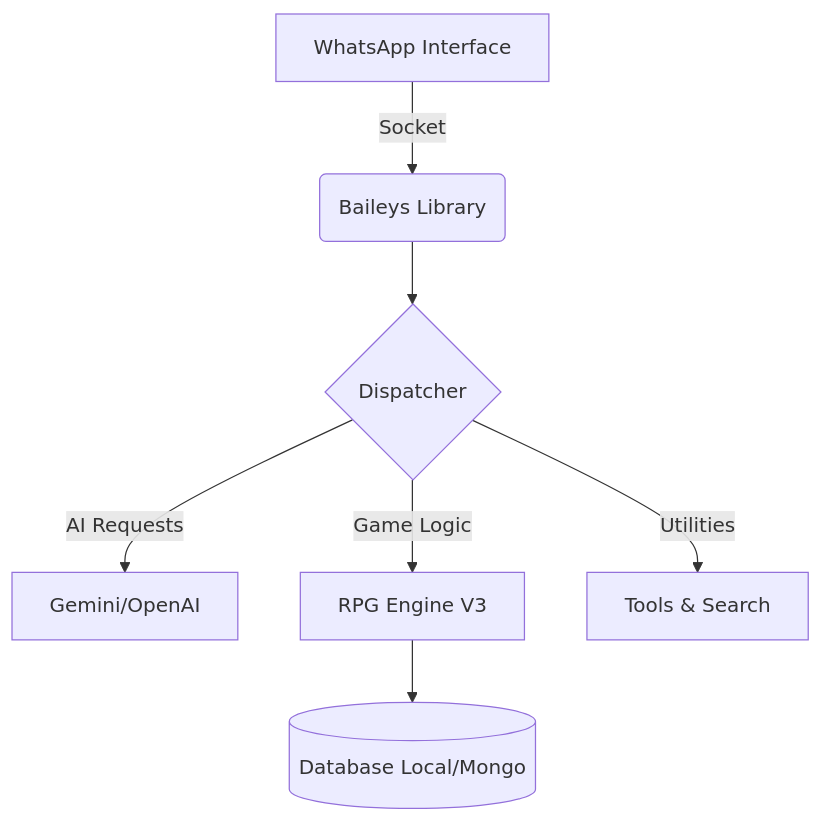
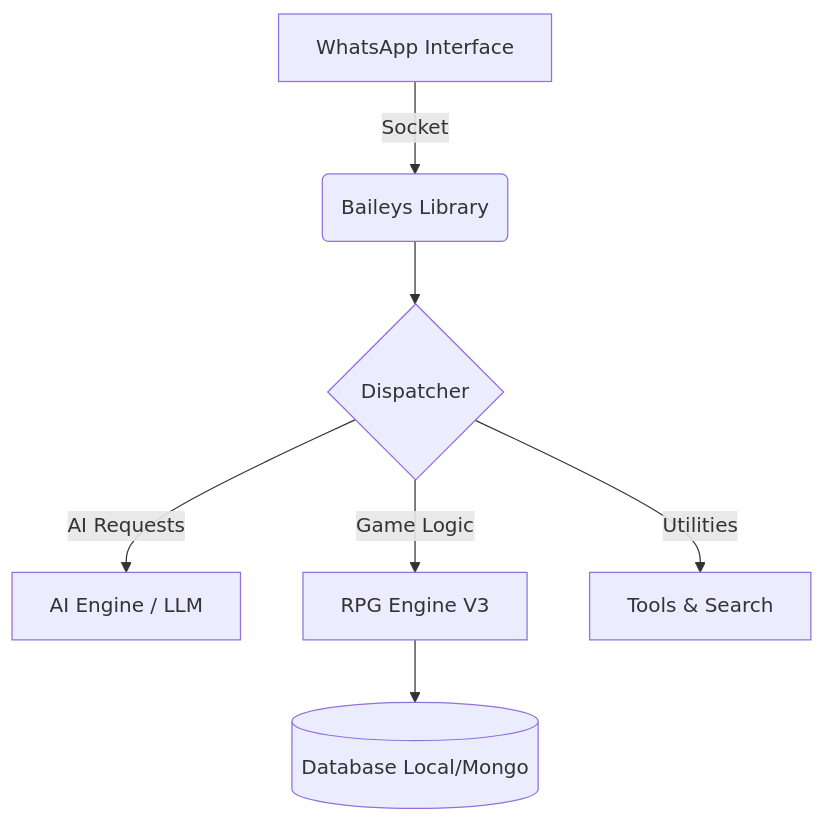
Before and after one commit to CYBER-x-SACHIYA-SL-MD-BOT/Frieren-MD: the diagram in README.md, drawn with Mermaid. The commit also changed other lines of this file, not shown here.

````diff
--- a/README.md
+++ b/README.md
@@ -73,9 +73,9 @@
 ```mermaid
 graph TD
     A[WhatsApp Interface] -->|Socket| B(Baileys Library)
     B --> C{Dispatcher}
-    C -->|AI Requests| D[Gemini/OpenAI]
+    C -->|AI Requests| D[AI Engine / LLM]
     C -->|Game Logic| E[RPG Engine V3]
     C -->|Utilities| F[Tools & Search]
     E --> G[(Database Local/Mongo)]
 ```
````
